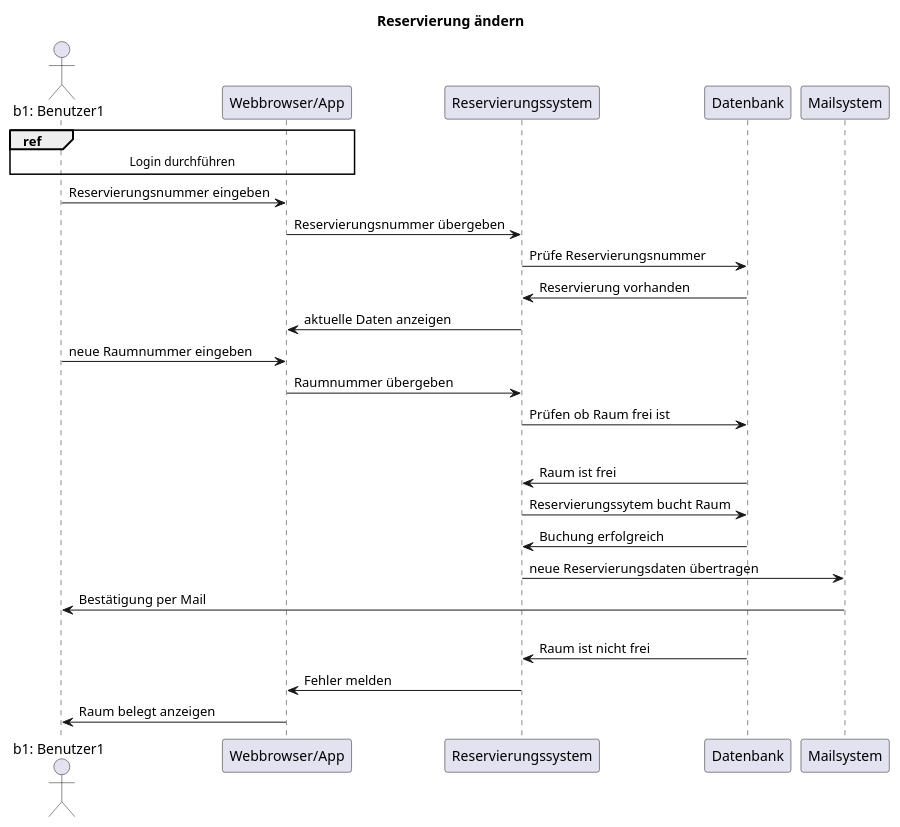
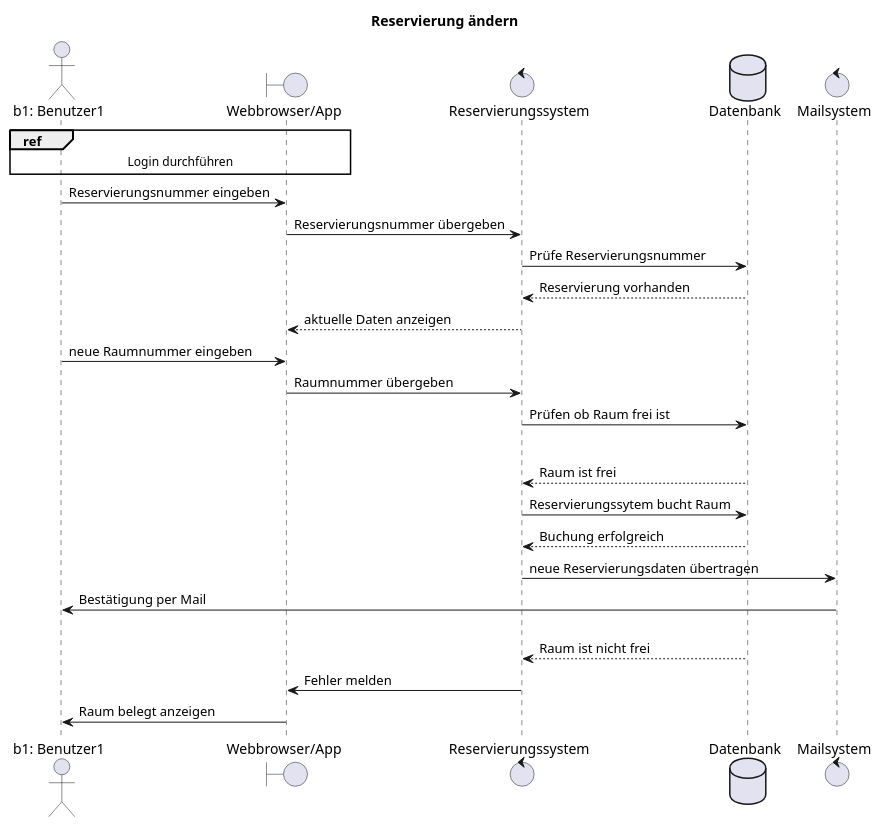
The second of 2 diagrams in Sequenzdiagramm.puml (fischy93/UML_Hagenberg2024-2025), drawn with PlantUML before and after one commit. The commit also changed other lines of this file and 2 other files, not shown here.

```diff
--- a/Sequenzdiagramm.puml
+++ b/Sequenzdiagramm.puml
@@ -15,32 +15,32 @@
 @startuml
 
 title "Reservierung ändern"
 
 actor "b1: Benutzer1" as b1
-participant "Webbrowser/App" as app 
-participant "Reservierungssystem" as rs 
-participant "Datenbank" as db
-participant "Mailsystem" as mail
+boundary "Webbrowser/App" as app 
+control "Reservierungssystem" as rs 
+database "Datenbank" as db
+control "Mailsystem" as mail
 ref over b1, app
     Login durchführen
 end ref
 b1 -> app: Reservierungsnummer eingeben
 app -> rs: Reservierungsnummer übergeben
 rs -> db: Prüfe Reservierungsnummer
-db -> rs: Reservierung vorhanden
-rs -> app: aktuelle Daten anzeigen
+db --> rs: Reservierung vorhanden
+rs --> app: aktuelle Daten anzeigen
 b1 -> app: neue Raumnummer eingeben
 app ->rs: Raumnummer übergeben
 rs -> db: Prüfen ob Raum frei ist
 alt Raum frei
-db -> rs: Raum ist frei
+db --> rs: Raum ist frei
 rs -> db: Reservierungssytem bucht Raum
-db -> rs: Buchung erfolgreich
+db --> rs: Buchung erfolgreich
 rs -> mail: neue Reservierungsdaten übertragen
 mail -> b1: Bestätigung per Mail
 else Raum nicht frei
-db -> rs: Raum ist nicht frei
+db --> rs: Raum ist nicht frei
 rs -> app: Fehler melden
 app -> b1: Raum belegt anzeigen
 
 @enduml
```
